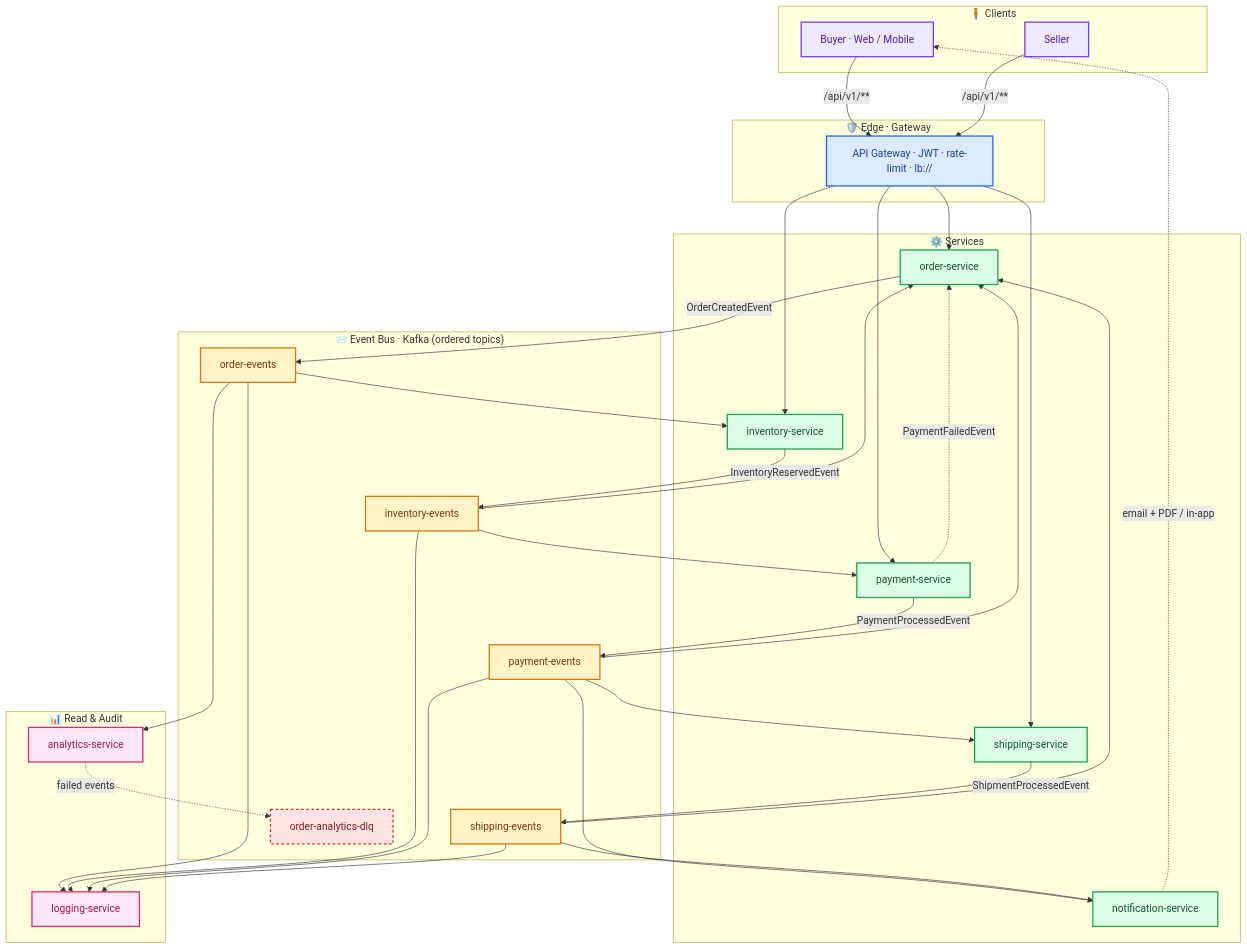
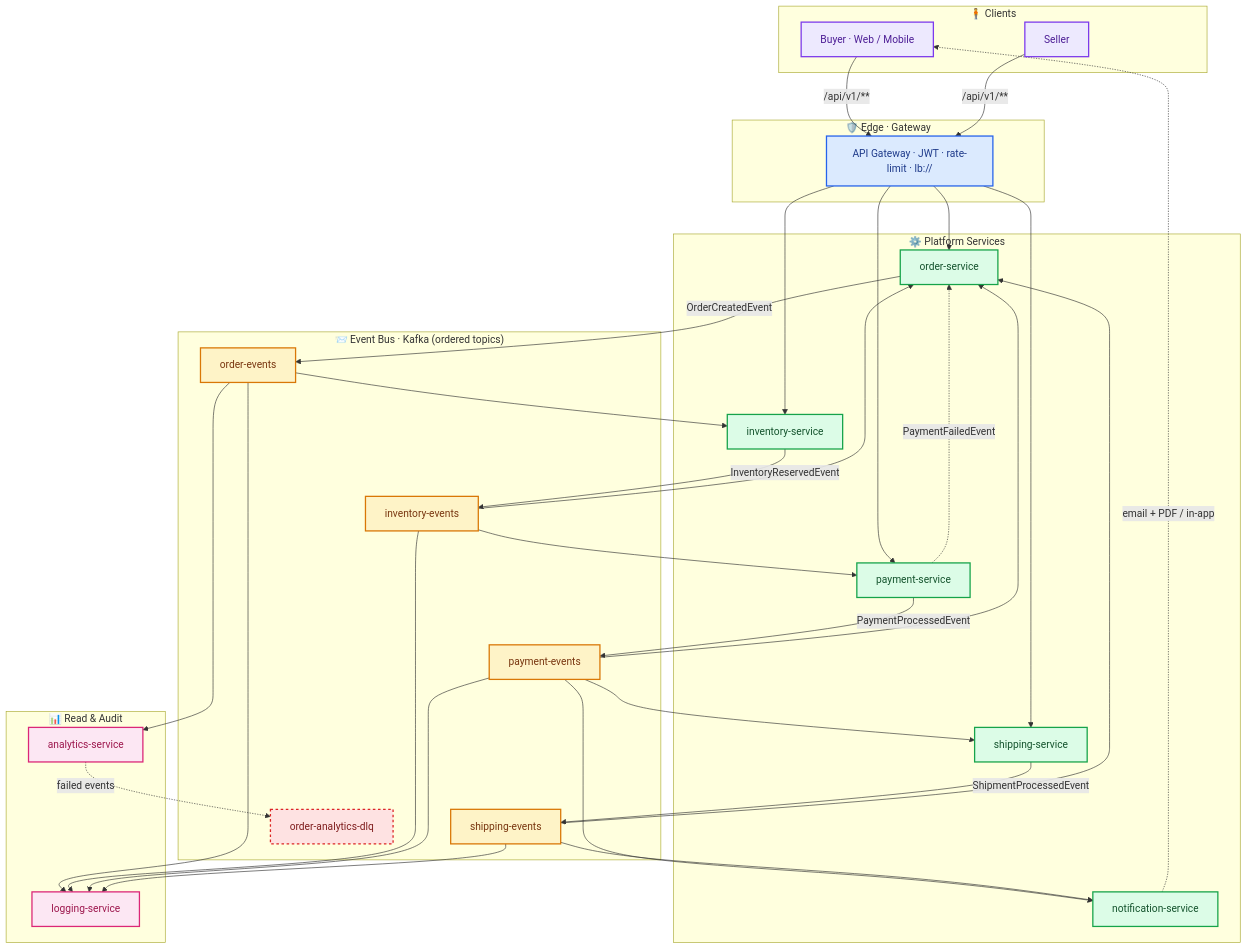
The second of 3 diagrams in README.md (zexxitywave/EventDrivenMesh), drawn with Mermaid before and after one commit.

Commit message:
docs(readme): name the Services subgraph as platform

````diff
--- a/README.md
+++ b/README.md
@@ -209,67 +209,67 @@
 ```mermaid
 flowchart TB
 
     subgraph CLIENTS["🧍 Clients"]
         BUYER["Buyer · Web / Mobile"]
         SELLER["Seller"]
     end
 
     subgraph EDGE["🛡️ Edge · Gateway"]
         GW["API Gateway · JWT · rate-limit · lb://"]
     end
 
-    subgraph SVC["⚙️ Services"]
+    subgraph SVC["⚙️ Platform Services"]
         ORD["order-service"]
         INV["inventory-service"]
         PAY["payment-service"]
         SHP["shipping-service"]
         NOT["notification-service"]
     end
 
     subgraph BUS["📨 Event Bus · Kafka (ordered topics)"]
         OE["order-events"]
         IE["inventory-events"]
         PE["payment-events"]
         SE["shipping-events"]
         DLQ["order-analytics-dlq"]
     end
 
     subgraph OBS["📊 Read & Audit"]
         ANS["analytics-service"]
         LGS["logging-service"]
     end
 
     BUYER -- /api/v1/** --> GW
     SELLER -- /api/v1/** --> GW
     GW --> ORD & INV & PAY & SHP
 
     ORD -- OrderCreatedEvent --> OE
     OE --> INV & ANS & LGS
 
     INV -- InventoryReservedEvent --> IE
     IE --> ORD & PAY & LGS
 
     PAY -- PaymentProcessedEvent --> PE
     PE --> ORD & SHP & NOT & LGS
 
     SHP -- ShipmentProcessedEvent --> SE
     SE --> ORD & NOT & LGS
 
     PAY -. PaymentFailedEvent .-> ORD
     NOT -. email + PDF / in-app .-> BUYER
     ANS -. failed events .-> DLQ
 
     classDef client fill:#ede9fe,stroke:#7c3aed,color:#4c1d95,stroke-width:2px;
     classDef edge  fill:#dbeafe,stroke:#2563eb,color:#1e3a8a,stroke-width:2px;
     classDef svc   fill:#dcfce7,stroke:#16a34a,color:#14532d,stroke-width:2px;
     classDef bus   fill:#fef3c7,stroke:#d97706,color:#78350f,stroke-width:2px;
     classDef obs   fill:#fce7f3,stroke:#db2777,color:#9d174d,stroke-width:2px;
     classDef dlq   fill:#fee2e2,stroke:#dc2626,color:#7f1d1d,stroke-width:2px,stroke-dasharray:4;
 
     class BUYER,SELLER client;
     class GW edge;
     class ORD,INV,PAY,SHP,NOT svc;
     class OE,IE,PE,SE bus;
     class ANS,LGS obs;
     class DLQ dlq;
 ```
````
